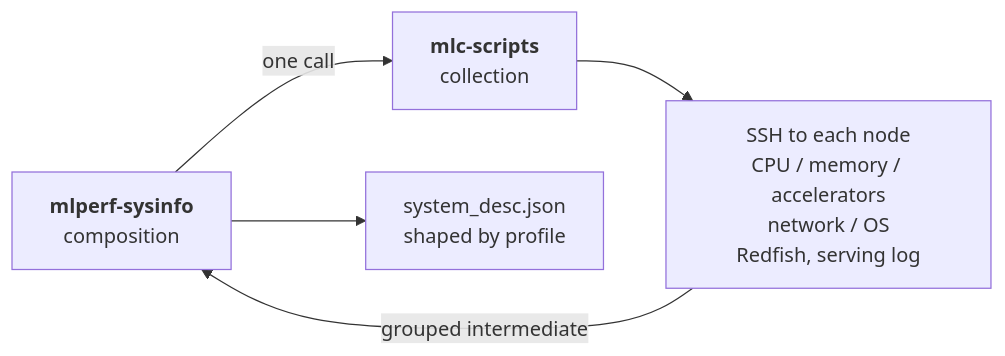
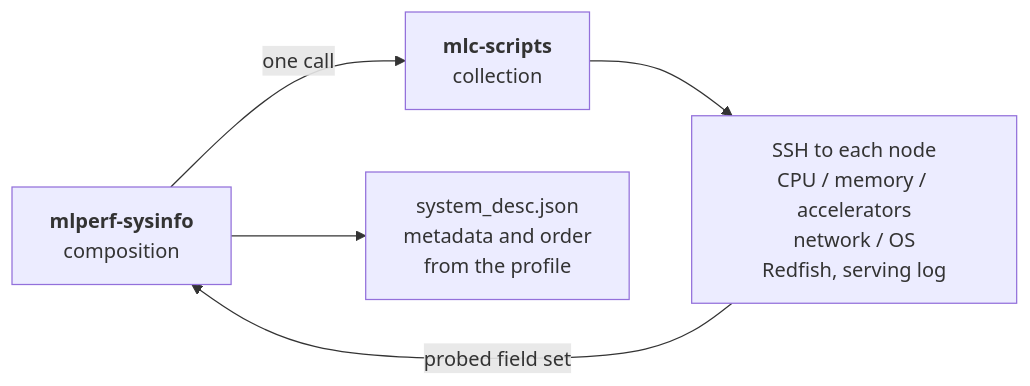
The first of 2 diagrams in docs/architecture.md (mlcommons/mlperf-sysinfo), drawn with Mermaid before and after one commit. The commit also changed other lines of this file and 25 other files, not shown here.

````diff
--- a/docs/architecture.md
+++ b/docs/architecture.md
@@ -12,7 +12,7 @@
 ```mermaid
 flowchart LR
     A["<b>mlperf-sysinfo</b><br/>composition"] -->|one call| B["<b>mlc-scripts</b><br/>collection"]
     B --> C["SSH to each node<br/>CPU / memory / accelerators<br/>network / OS<br/>Redfish, serving log"]
-    C -->|grouped intermediate| A
-    A --> D["system_desc.json<br/>shaped by profile"]
+    C -->|probed field set| A
+    A --> D["system_desc.json<br/>metadata and order<br/>from the profile"]
 ```
````
